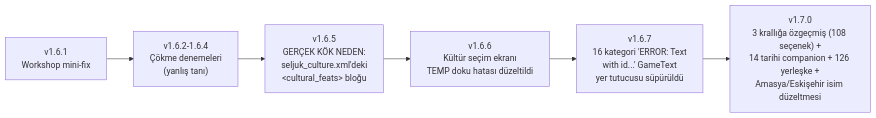
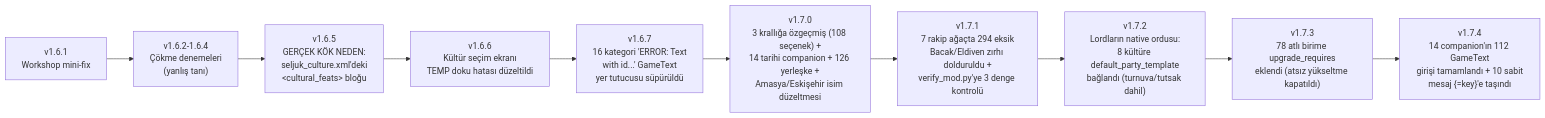
Before and after one commit to keremtrgl/OttomanJanissariesAndTurkicHeroes: the tenth of 10 diagrams in graphify-out/graph.md, drawn with Mermaid. The commit also changed other lines of this file and 1 other file, not shown here.

First line of the commit message:
Update architecture graphs to v1.7.4 (party-template, armor, and companion-backstory fixes)

````diff
--- a/graphify-out/graph.md
+++ b/graphify-out/graph.md
@@ -320,8 +331,12 @@
 ```mermaid
 graph LR
     V161["v1.6.1<br/>Workshop mini-fix"] --> V162["v1.6.2-1.6.4<br/>Çökme denemeleri<br/>(yanlış tanı)"]
     V162 --> V165["v1.6.5<br/>GERÇEK KÖK NEDEN:<br/>seljuk_culture.xml'deki<br/>&lt;cultural_feats&gt; bloğu"]
     V165 --> V166["v1.6.6<br/>Kültür seçim ekranı<br/>TEMP doku hatası düzeltildi"]
     V166 --> V167["v1.6.7<br/>16 kategori 'ERROR: Text<br/>with id...' GameText<br/>yer tutucusu süpürüldü"]
     V167 --> V170["v1.7.0<br/>3 krallığa özgeçmiş (108 seçenek) +<br/>14 tarihi companion + 126 yerleşke +<br/>Amasya/Eskişehir isim düzeltmesi"]
+    V170 --> V171["v1.7.1<br/>7 rakip ağaçta 294 eksik<br/>Bacak/Eldiven zırhı dolduruldu +<br/>verify_mod.py'ye 3 denge kontrolü"]
+    V171 --> V172["v1.7.2<br/>Lordların native ordusu:<br/>8 kültüre default_party_template<br/>bağlandı (turnuva/tutsak dahil)"]
+    V172 --> V173["v1.7.3<br/>78 atlı birime upgrade_requires<br/>eklendi (atsız yükseltme kapatıldı)"]
+    V173 --> V174["v1.7.4<br/>14 companion'ın 112 GameText<br/>girişi tamamlandı + 10 sabit<br/>mesaj {=key}'e taşındı"]
 ```
````
